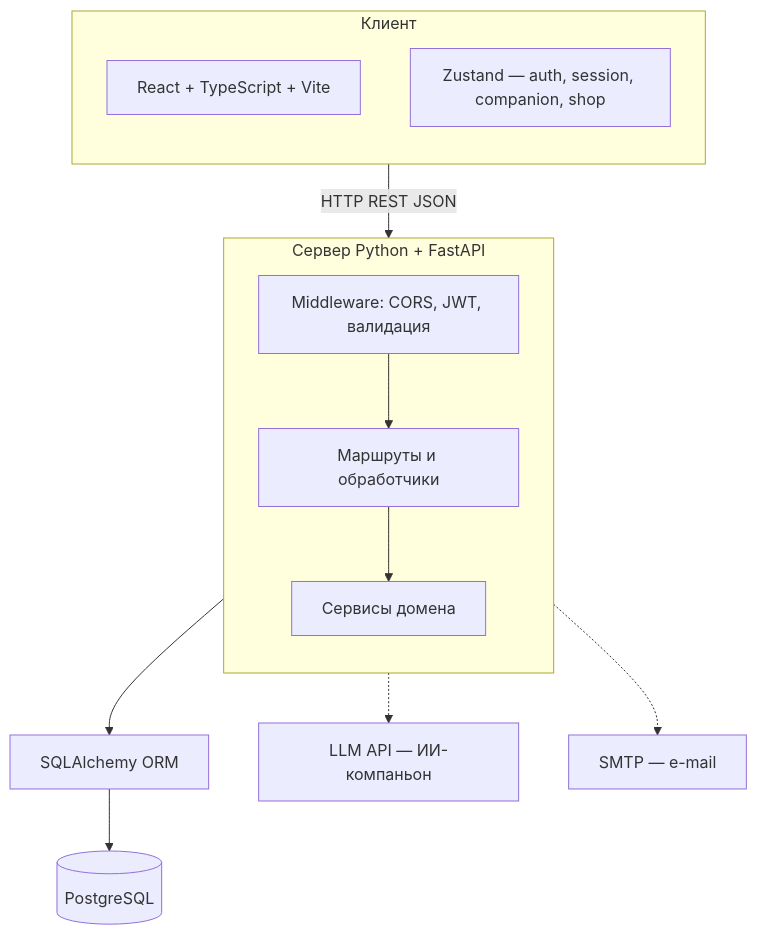
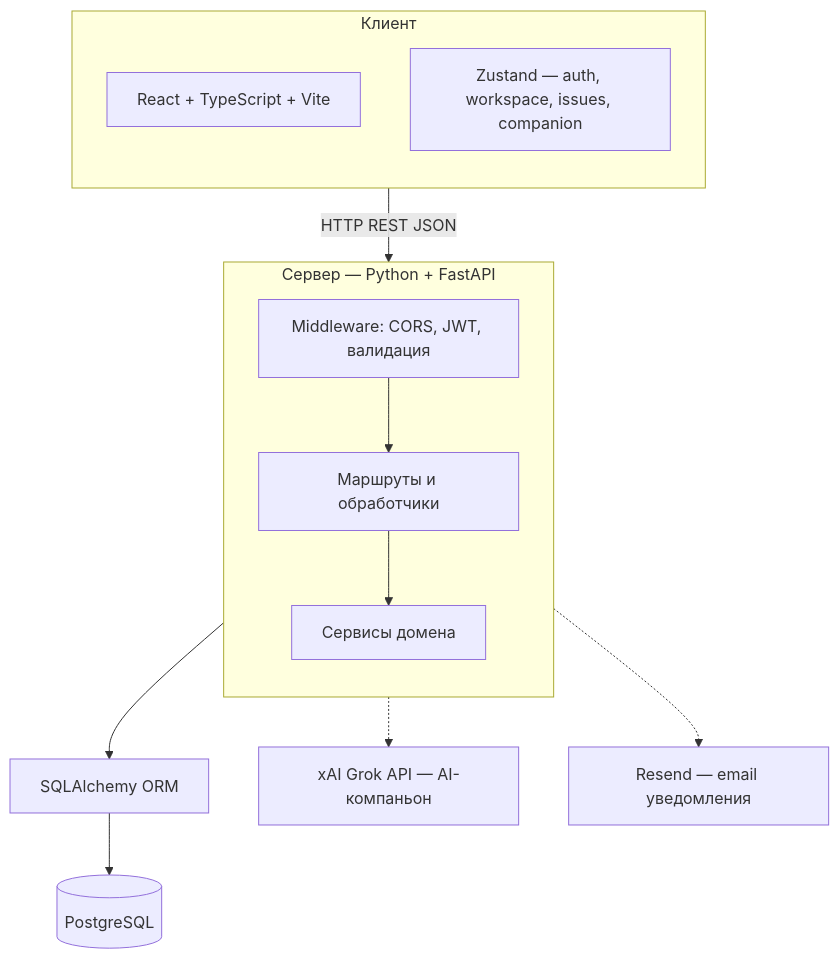
The first of 2 diagrams in README.md (Shadowgraph-1/project-K), drawn with Mermaid before and after one commit. The commit also changed other lines of this file, not shown here.

````diff
--- a/README.md
+++ b/README.md
@@ -241,27 +225,27 @@
 ```mermaid
 flowchart TB
   subgraph FE["Клиент"]
     direction TB
     FE_STACK["React + TypeScript + Vite"]
-    FE_STATE["Zustand — auth, session, companion, shop"]
+    FE_STATE["Zustand — auth, workspace, issues, companion"]
   end
 
-  subgraph BE["Сервер Python + FastAPI"]
+  subgraph BE["Сервер — Python + FastAPI"]
     direction TB
     BE_MW["Middleware: CORS, JWT, валидация"]
     BE_API["Маршруты и обработчики"]
     BE_SVC["Сервисы домена"]
     BE_MW --> BE_API --> BE_SVC
   end
 
   ORM["SQLAlchemy ORM"]
   DB[(PostgreSQL)]
-  LLM["LLM API — ИИ-компаньон"]
-  SMTP["SMTP — e-mail"]
+  LLM["xAI Grok API — AI-компаньон"]
+  SMTP["Resend — email уведомления"]
 
   FE -->|"HTTP REST JSON"| BE
   BE --> ORM
   ORM --> DB
   BE -.-> LLM
   BE -.-> SMTP
 ```
````
